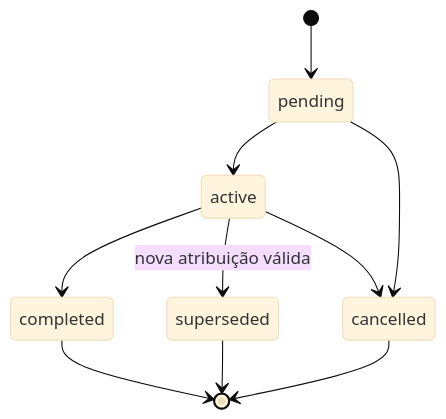
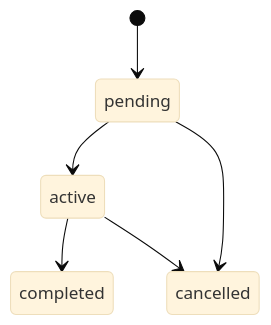
The fourth of 10 diagrams in docs/domain/LIFECYCLES_AND_STATE_MACHINES.md (pablo-marchina/LMS-estimulo), drawn with Mermaid (base theme) before and after one commit. The commit also changed other lines of this file and 23 other files, not shown here.

````diff
--- a/docs/domain/LIFECYCLES_AND_STATE_MACHINES.md
+++ b/docs/domain/LIFECYCLES_AND_STATE_MACHINES.md
@@ -95,12 +65,8 @@
 ```mermaid
 stateDiagram-v2
     [*] --> pending
     pending --> active
     active --> completed
-    active --> superseded: nova atribuição válida
     active --> cancelled
     pending --> cancelled
-    completed --> [*]
-    superseded --> [*]
-    cancelled --> [*]
 ```
````
